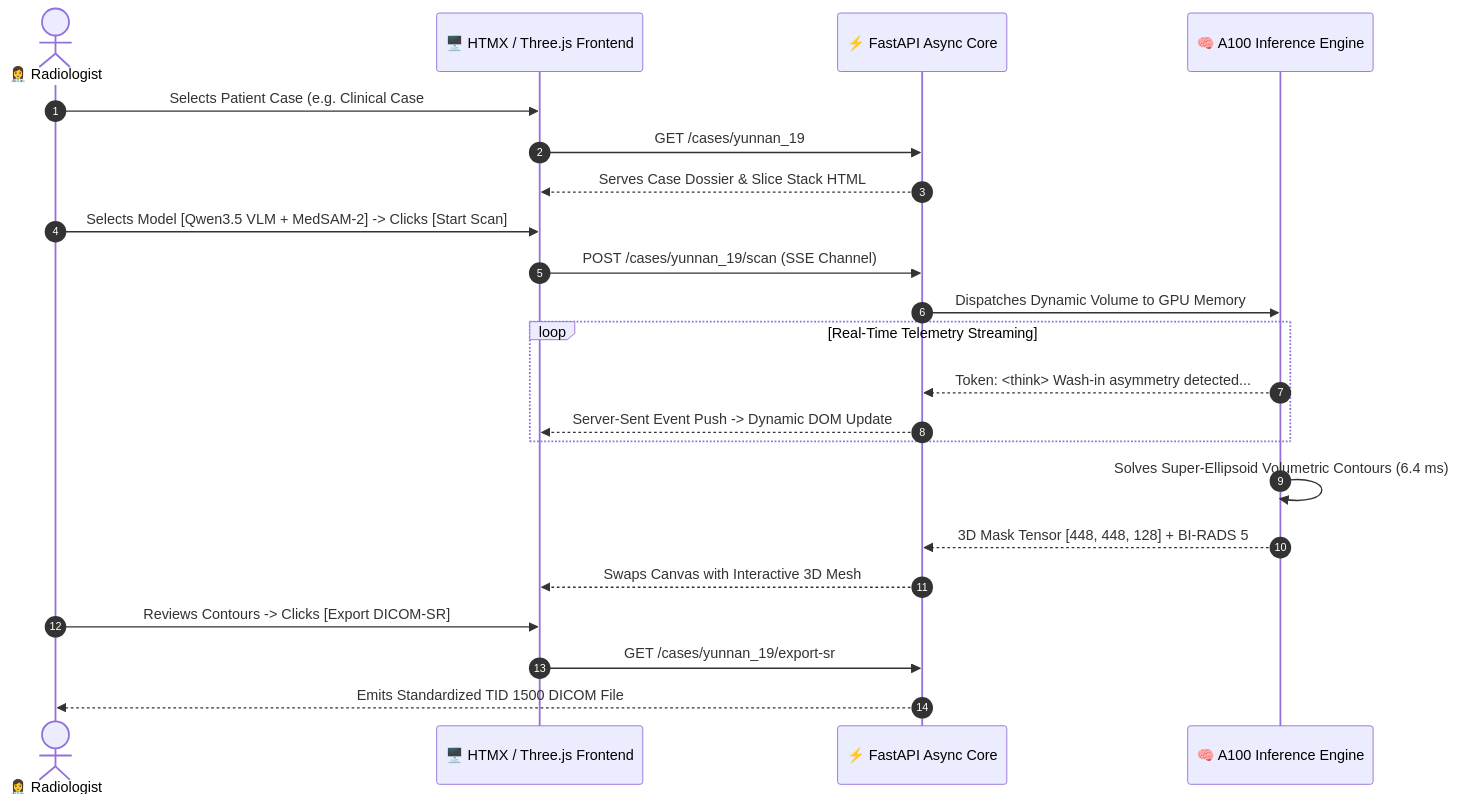
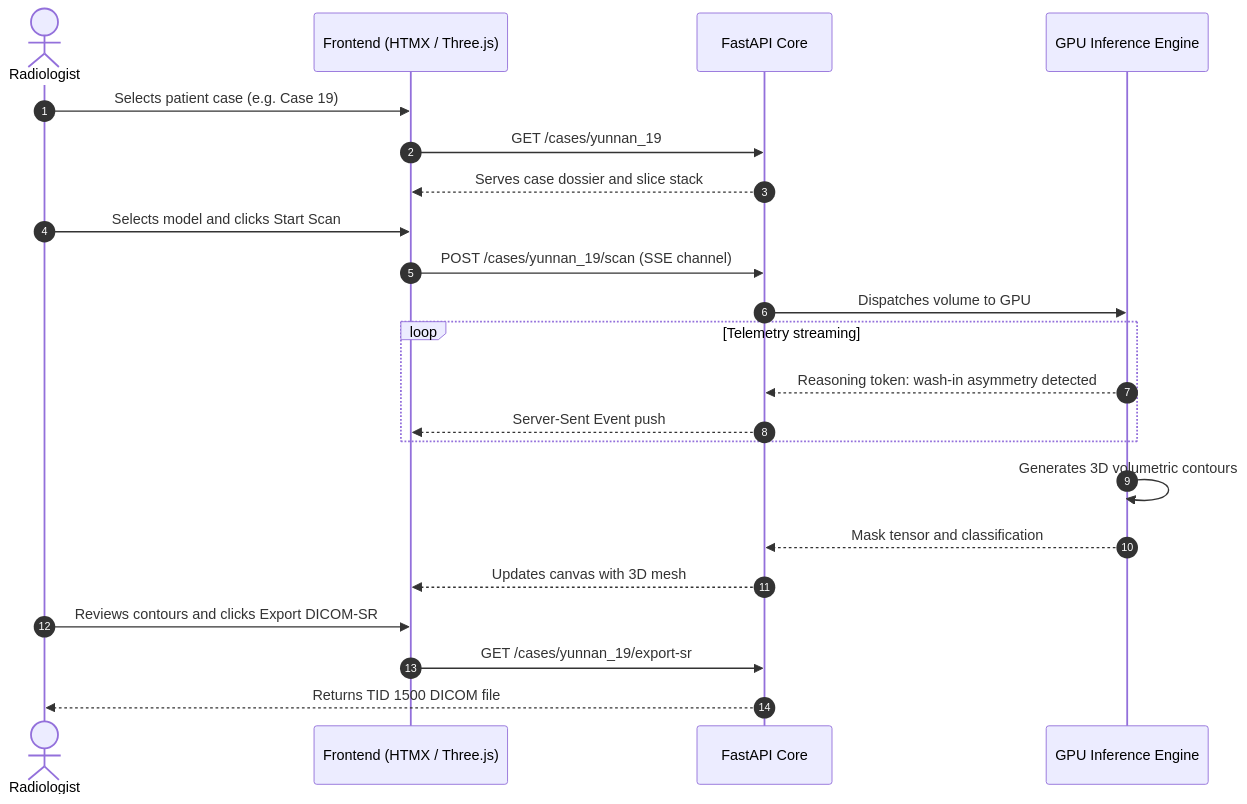
The diagram in README.md (Keshavj-13/flowstudio-medical-pacs-workstation), drawn with Mermaid before and after one commit. The commit also changed other lines of this file and 4 other files, not shown here.

````diff
--- a/README.md
+++ b/README.md
@@ -38,25 +39,25 @@
 ```mermaid
 sequenceDiagram
     autonumber
-    actor Clinician as 👩‍⚕️ Radiologist
-    participant UI as 🖥️ HTMX / Three.js Frontend
-    participant Server as ⚡ FastAPI Async Core
-    participant GPU as 🧠 A100 Inference Engine
+    actor Clinician as Radiologist
+    participant UI as Frontend (HTMX / Three.js)
+    participant Server as FastAPI Core
+    participant GPU as GPU Inference Engine
 
-    Clinician->>UI: Selects Patient Case (e.g. Clinical Case #19)
+    Clinician->>UI: Selects patient case (e.g. Case 19)
     UI->>Server: GET /cases/yunnan_19
-    Server-->>UI: Serves Case Dossier & Slice Stack HTML
-    Clinician->>UI: Selects Model [Qwen3.5 VLM + MedSAM-2] -> Clicks [Start Scan]
-    UI->>Server: POST /cases/yunnan_19/scan (SSE Channel)
-    Server->>GPU: Dispatches Dynamic Volume to GPU Memory
-    loop Real-Time Telemetry Streaming
-        GPU-->>Server: Token: <think> Wash-in asymmetry detected...
-        Server-->>UI: Server-Sent Event Push -> Dynamic DOM Update
+    Server-->>UI: Serves case dossier and slice stack
+    Clinician->>UI: Selects model and clicks Start Scan
+    UI->>Server: POST /cases/yunnan_19/scan (SSE channel)
+    Server->>GPU: Dispatches volume to GPU
+    loop Telemetry streaming
+        GPU-->>Server: Reasoning token: wash-in asymmetry detected
+        Server-->>UI: Server-Sent Event push
     end
-    GPU->>GPU: Solves Super-Ellipsoid Volumetric Contours (6.4 ms)
-    GPU-->>Server: 3D Mask Tensor [448, 448, 128] + BI-RADS 5
-    Server-->>UI: Swaps Canvas with Interactive 3D Mesh
-    Clinician->>UI: Reviews Contours -> Clicks [Export DICOM-SR]
+    GPU->>GPU: Generates 3D volumetric contours
+    GPU-->>Server: Mask tensor and classification
+    Server-->>UI: Updates canvas with 3D mesh
+    Clinician->>UI: Reviews contours and clicks Export DICOM-SR
     UI->>Server: GET /cases/yunnan_19/export-sr
-    Server-->>Clinician: Emits Standardized TID 1500 DICOM File
+    Server-->>Clinician: Returns TID 1500 DICOM file
 ```
````
